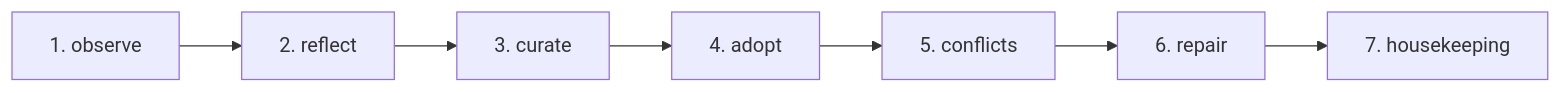
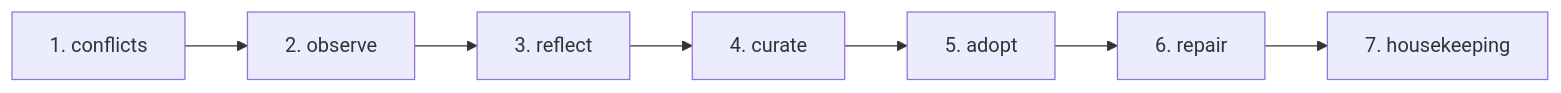
One commit to tenphi/akno changed the seventh of 7 diagrams in HOW-IT-WORKS.md. Above: the diagram before and after it, drawn with Mermaid. The commit also changed other lines of this file and 18 other files, not shown here.

````diff
--- a/HOW-IT-WORKS.md
+++ b/HOW-IT-WORKS.md
@@ -625,4 +625,4 @@
 ```mermaid
 flowchart LR
-    observe["1. observe"] --> reflect["2. reflect"] --> curate["3. curate"] --> adopt["4. adopt"] --> conflicts["5. conflicts"] --> repair["6. repair"] --> housekeeping["7. housekeeping"]
+    conflicts["1. conflicts"] --> observe["2. observe"] --> reflect["3. reflect"] --> curate["4. curate"] --> adopt["5. adopt"] --> repair["6. repair"] --> housekeeping["7. housekeeping"]
 ```
````
